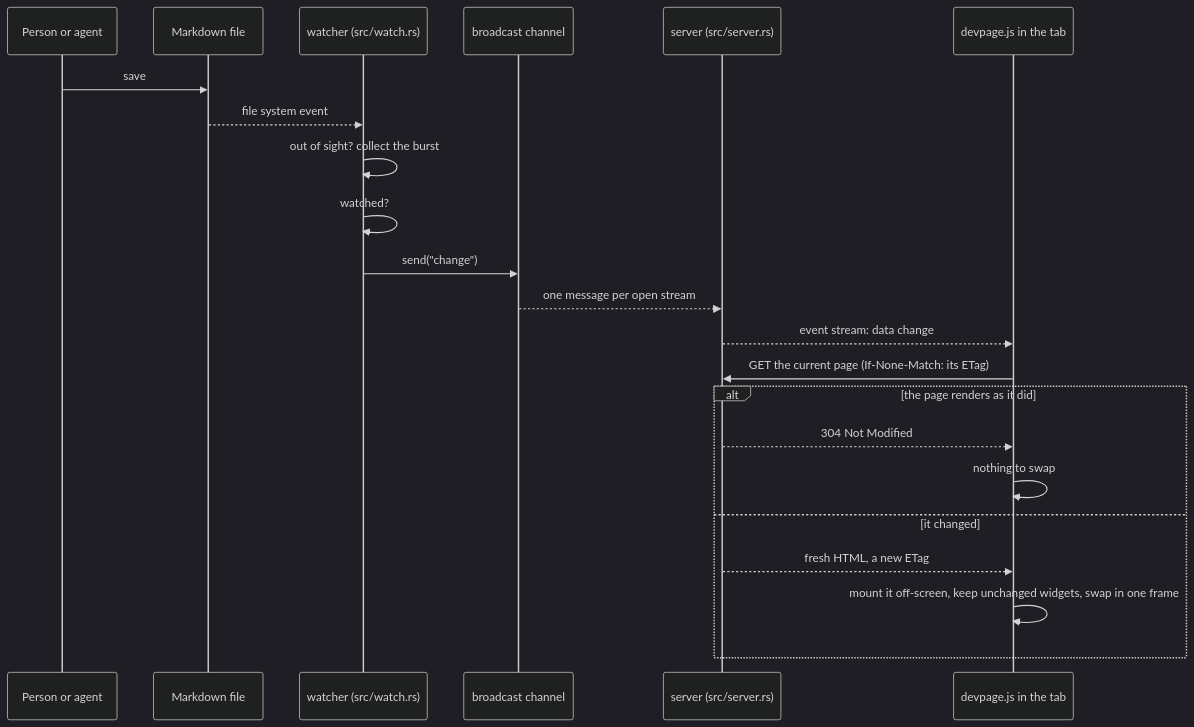
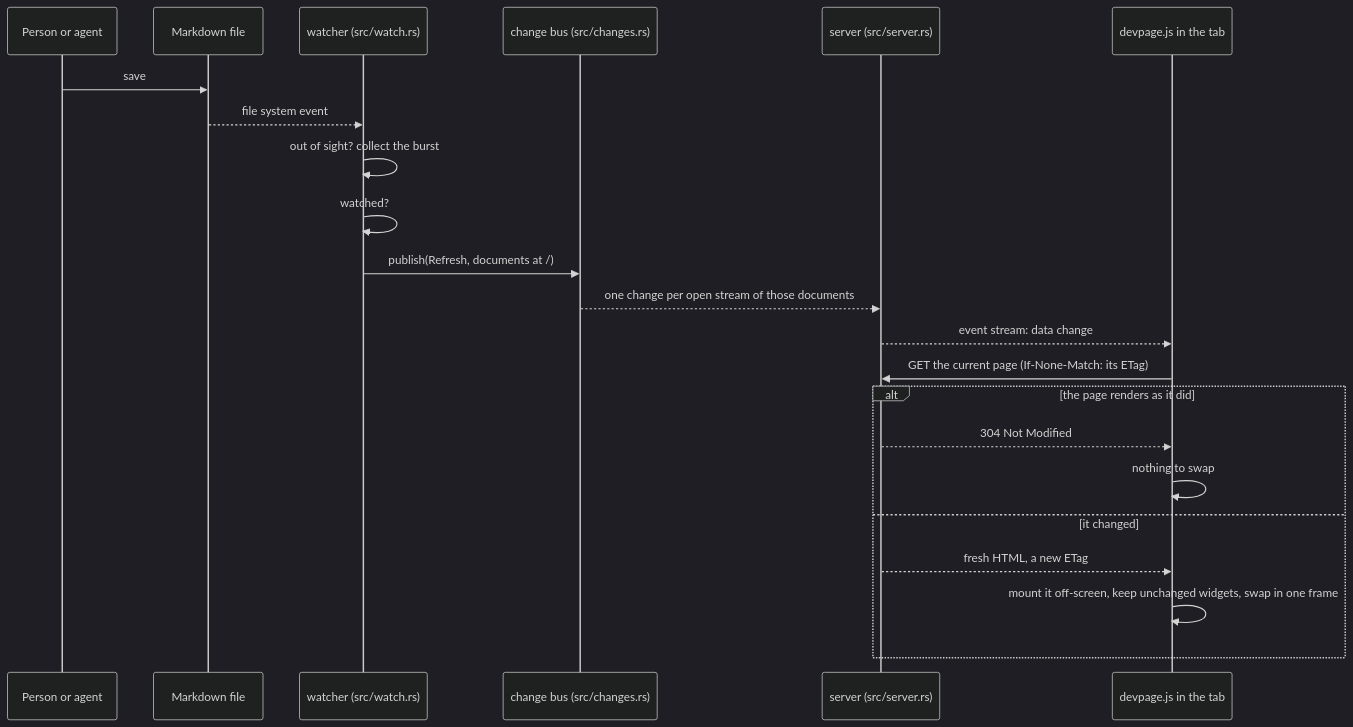
One commit to andrei512/devpage changed the first of 2 diagrams in docs/boxes/viewer/live-updates/README.md. Above: the diagram before and after it, drawn with Mermaid (dark theme). The commit also changed other lines of this file and 15 other files, not shown here.

````diff
--- a/docs/boxes/viewer/live-updates/README.md
+++ b/docs/boxes/viewer/live-updates/README.md
@@ -13,24 +13,24 @@
 ```mermaid
 sequenceDiagram
   participant Editor as Person or agent
   participant Disk as Markdown file
   participant Watcher as watcher (src/watch.rs)
-  participant Channel as broadcast channel
+  participant Channel as change bus (src/changes.rs)
   participant Server as server (src/server.rs)
   participant Page as devpage.js in the tab
   Editor->>Disk: save
   Disk-->>Watcher: file system event
   Watcher->>Watcher: out of sight? collect the burst
   Watcher->>Watcher: watched?
-  Watcher->>Channel: send("change")
-  Channel-->>Server: one message per open stream
+  Watcher->>Channel: publish(Refresh, documents at /)
+  Channel-->>Server: one change per open stream of those documents
   Server-->>Page: event stream: data change
   Page->>Server: GET the current page (If-None-Match: its ETag)
   alt the page renders as it did
     Server-->>Page: 304 Not Modified
     Page->>Page: nothing to swap
   else it changed
     Server-->>Page: fresh HTML, a new ETag
     Page->>Page: mount it off-screen, keep unchanged widgets, swap in one frame
   end
 ```
````
